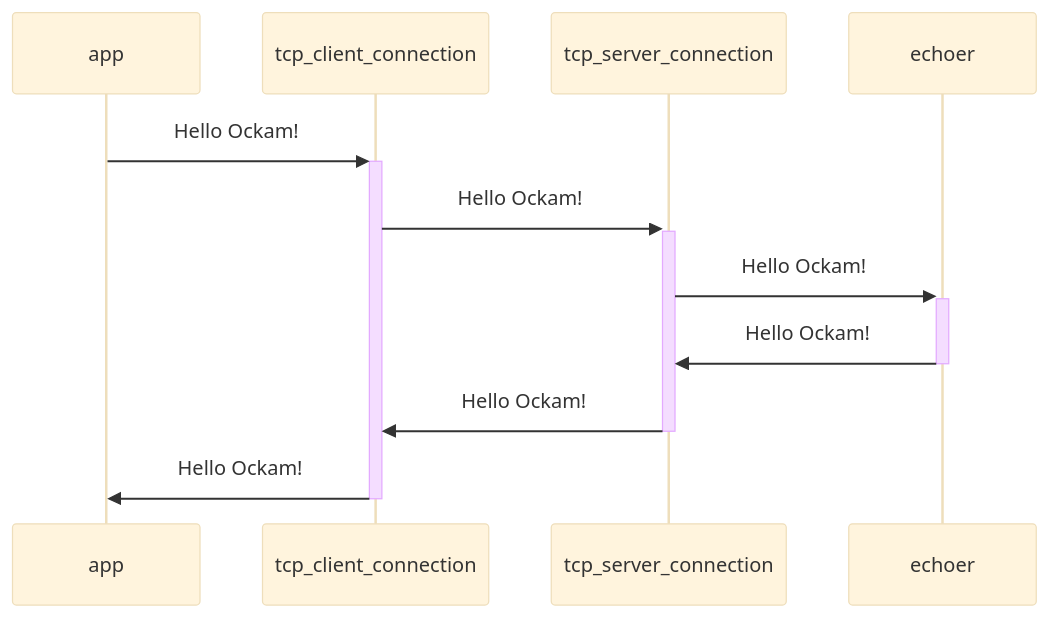
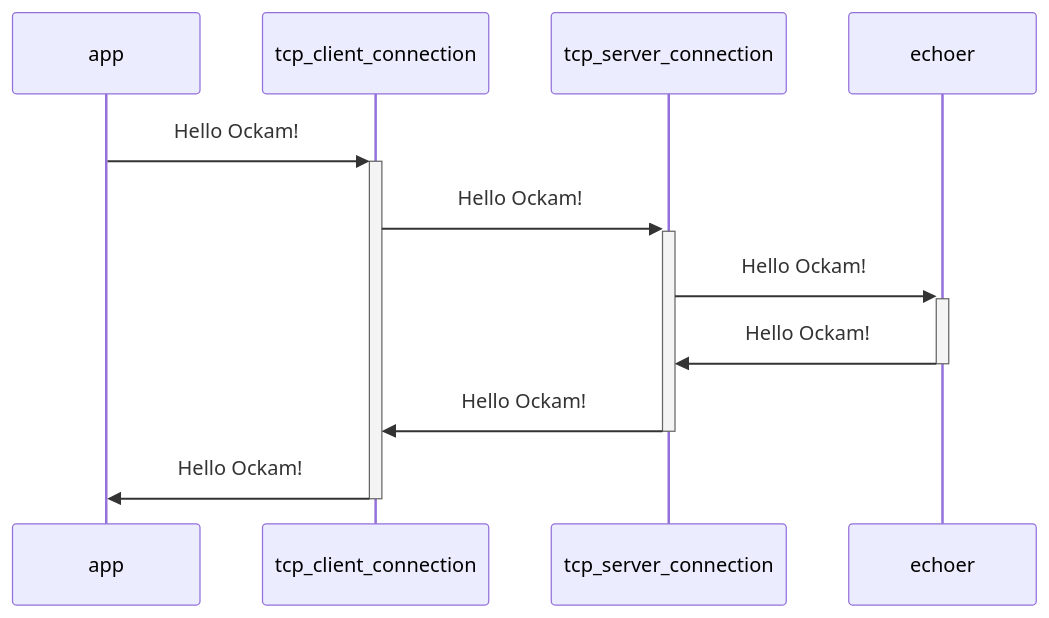
The diagram in documentation/guides/rust/get-started/07-routing-over-transport/sequence.mmd (build-trust/ockam), drawn with Mermaid before and after one commit. The commit also changed 26 other files, not shown here.

Commit message:
docs: improve diagrams in rust get started guide

```diff
--- a/documentation/guides/rust/get-started/07-routing-over-transport/sequence.mmd
+++ b/documentation/guides/rust/get-started/07-routing-over-transport/sequence.mmd
@@ -1,8 +1,7 @@
-%%{init: {'securityLevel': 'loose', 'theme':'base'}}%%
-  sequenceDiagram
-    app->>+tcp_client_connection: Hello Ockam!
-    tcp_client_connection->>+tcp_server_connection: Hello Ockam!
-    tcp_server_connection->>+echoer: Hello Ockam!
-    echoer->>-tcp_server_connection: Hello Ockam!
-    tcp_server_connection->>-tcp_client_connection: Hello Ockam!
-    tcp_client_connection->>-app: Hello Ockam!
+sequenceDiagram
+  app->>+tcp_client_connection: Hello Ockam!
+  tcp_client_connection->>+tcp_server_connection: Hello Ockam!
+  tcp_server_connection->>+echoer: Hello Ockam!
+  echoer->>-tcp_server_connection: Hello Ockam!
+  tcp_server_connection->>-tcp_client_connection: Hello Ockam!
+  tcp_client_connection->>-app: Hello Ockam!
```
